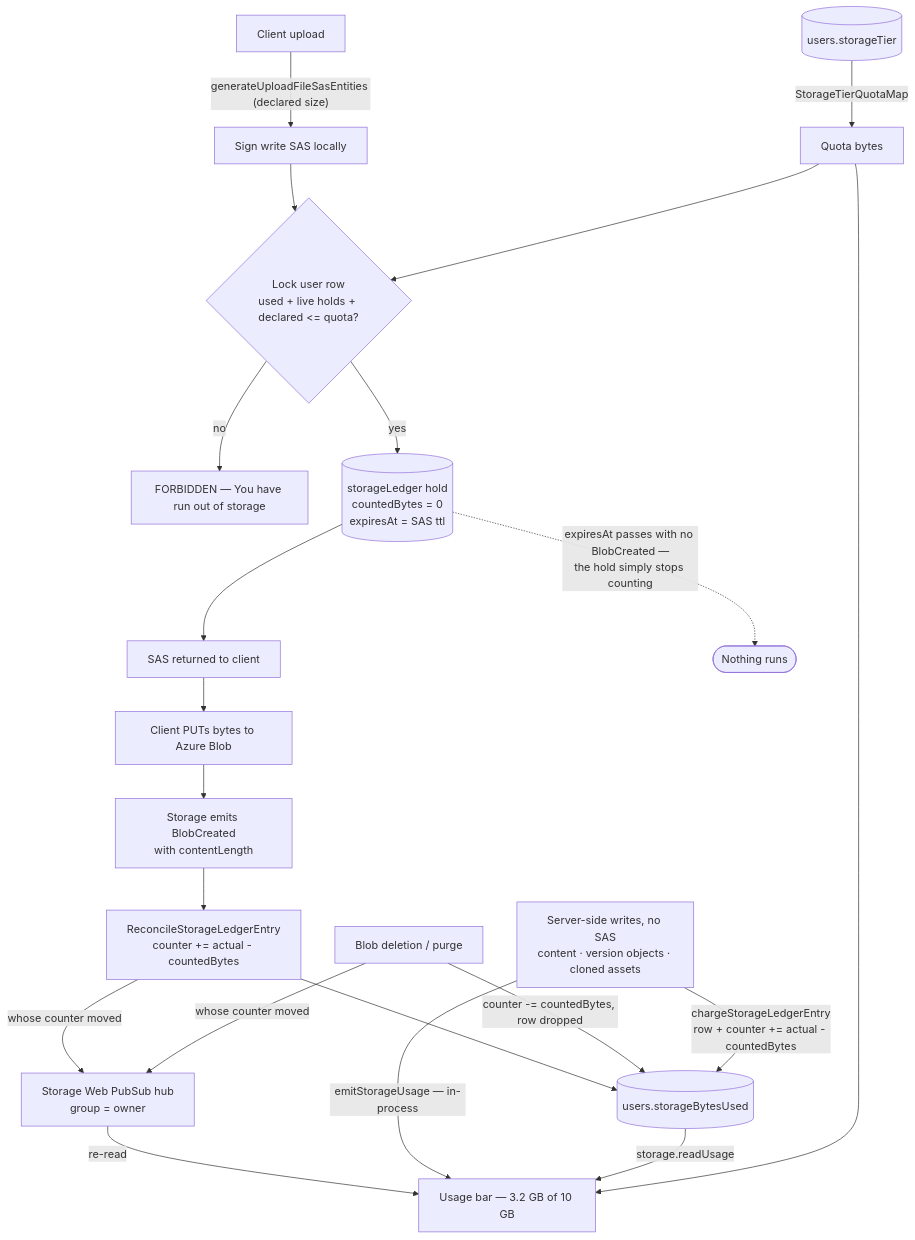
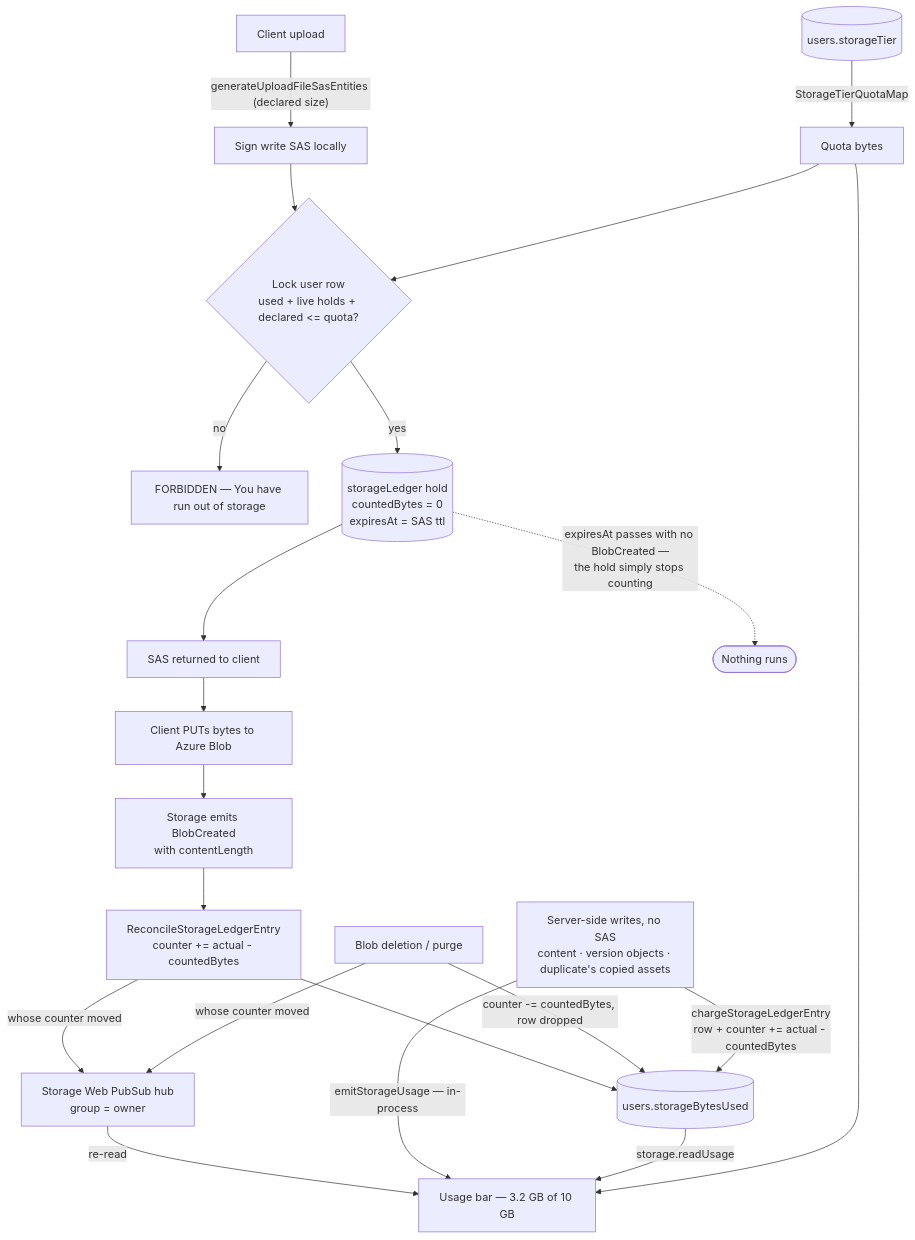
Before and after one commit to Esposter/Esposter: the diagram in openspec/specs/resource/storage-quotas/design.md, drawn with Mermaid. The commit also changed other lines of this file and 21 other files, not shown here.

First line of the commit message:
docs(openspec): content-addressed assets ship as a spec, with the stale clone language swept

````diff
--- a/openspec/specs/resource/storage-quotas/design.md
+++ b/openspec/specs/resource/storage-quotas/design.md
@@ -18,23 +18,23 @@
 ```mermaid
 flowchart TD
   client[Client upload] -->|"generateUploadFileSasEntities (declared size)"| sign[Sign write SAS locally]
   sign --> reserve{"Lock user row<br/>used + live holds + declared &lt;= quota?"}
   reserve -->|no| reject["FORBIDDEN — You have run out of storage"]
   reserve -->|yes| ledger[("storageLedger hold<br/>countedBytes = 0<br/>expiresAt = SAS ttl")]
   ledger --> respond[SAS returned to client]
   respond --> put[Client PUTs bytes to Azure Blob]
   put --> created["Storage emits BlobCreated<br/>with contentLength"]
   created --> reconcile["ReconcileStorageLedgerEntry<br/>counter += actual - countedBytes"]
   reconcile --> counter[("users.storageBytesUsed")]
   del["Blob deletion / purge"] -->|"counter -= countedBytes, row dropped"| counter
-  save["Server-side writes, no SAS<br/>content · version objects · cloned assets"] -->|"chargeStorageLedgerEntry<br/>row + counter += actual - countedBytes"| counter
+  save["Server-side writes, no SAS<br/>content · version objects · duplicate's copied assets"] -->|"chargeStorageLedgerEntry<br/>row + counter += actual - countedBytes"| counter
   ledger -.->|"expiresAt passes with no BlobCreated —<br/>the hold simply stops counting"| gone(["Nothing runs"])
   reconcile -->|"whose counter moved"| pubsub["Storage Web PubSub hub<br/>group = owner"]
   del -->|"whose counter moved"| pubsub
   pubsub -->|"re-read"| ui
   save -->|"emitStorageUsage — in-process"| ui
   counter -->|storage.readUsage| ui["Usage bar — 3.2 GB of 10 GB"]
   tier[("users.storageTier")] -->|StorageTierQuotaMap| quota[Quota bytes]
   quota --> reserve
   quota --> ui
 ```
````
